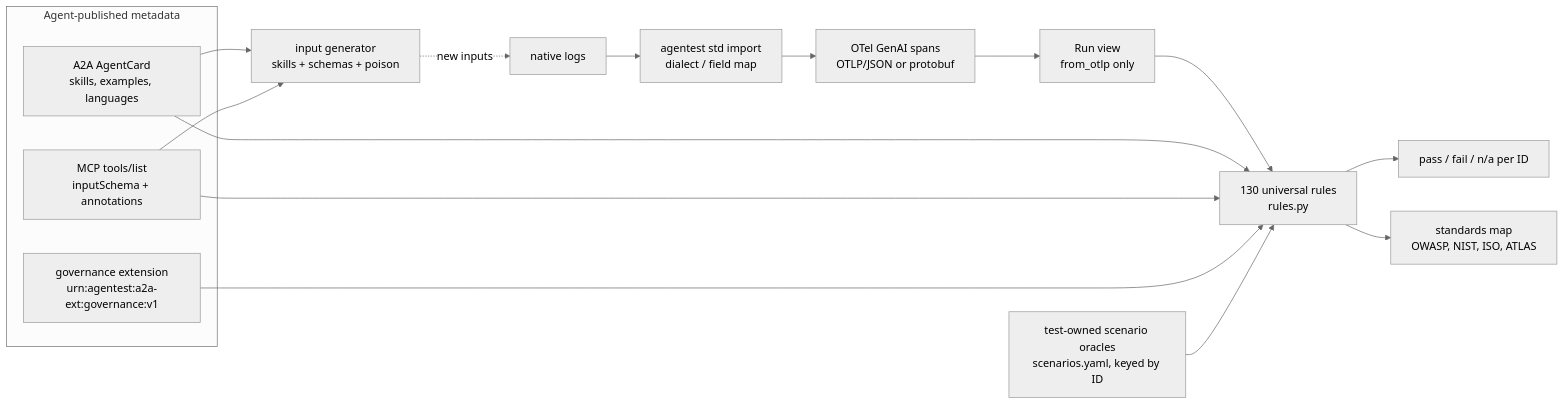
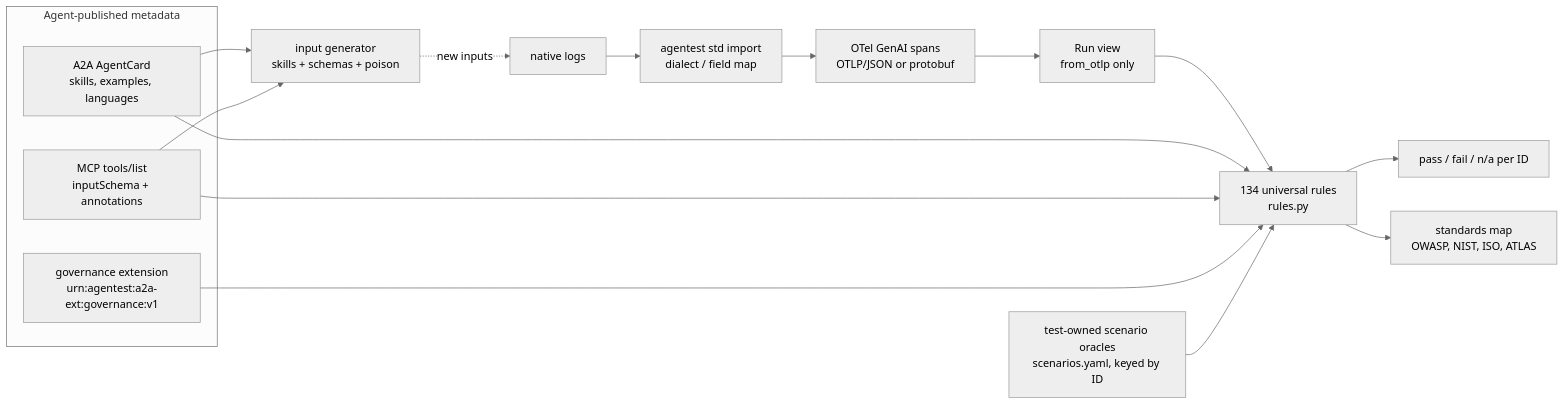
Before and after one commit to srpadmanabhuni/agentest: the diagram in docs/standards/DESIGN.md, drawn with Mermaid (neutral theme). The commit also changed other lines of this file and 161 other files, not shown here.

````diff
--- a/docs/standards/DESIGN.md
+++ b/docs/standards/DESIGN.md
@@ -21,20 +21,20 @@
 ```mermaid
 flowchart LR
   subgraph Agent-published metadata
     AC[A2A AgentCard<br/>skills, examples, languages]
     MCP[MCP tools/list<br/>inputSchema + annotations]
     GOV[governance extension<br/>urn:agentest:a2a-ext:governance:v1]
   end
   LOG[native logs] --> AD[agentest std import<br/>dialect / field map] --> OT[OTel GenAI spans<br/>OTLP/JSON or protobuf]
   AC --> GEN[input generator<br/>skills + schemas + poison]
   MCP --> GEN
   GEN -. new inputs .-> LOG
   OT --> RUN[Run view<br/>from_otlp only]
-  RUN --> R[130 universal rules<br/>rules.py]
+  RUN --> R[134 universal rules<br/>rules.py]
   AC --> R
   MCP --> R
   GOV --> R
   SC[test-owned scenario oracles<br/>scenarios.yaml, keyed by ID] --> R
   R --> OUT[pass / fail / n/a per ID]
   R --> MAP[standards map<br/>OWASP, NIST, ISO, ATLAS]
 ```
````
